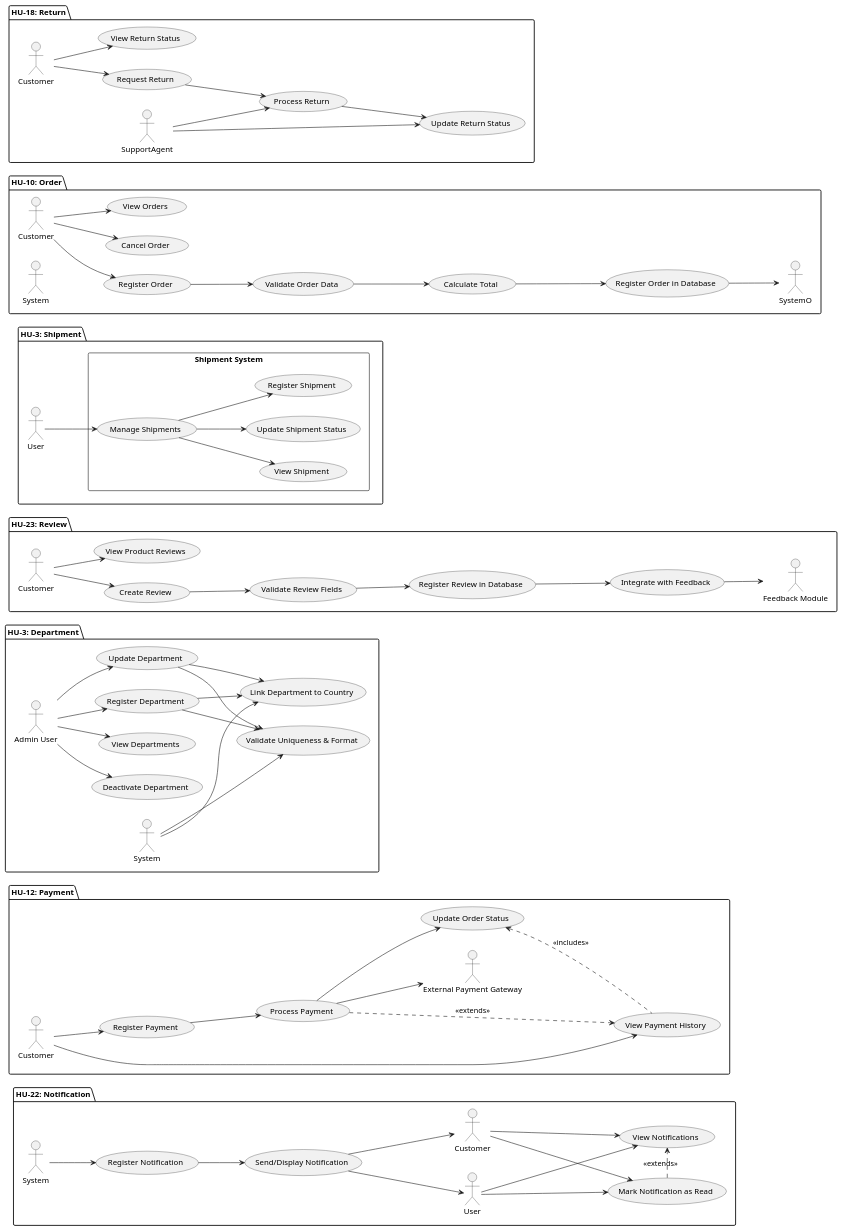
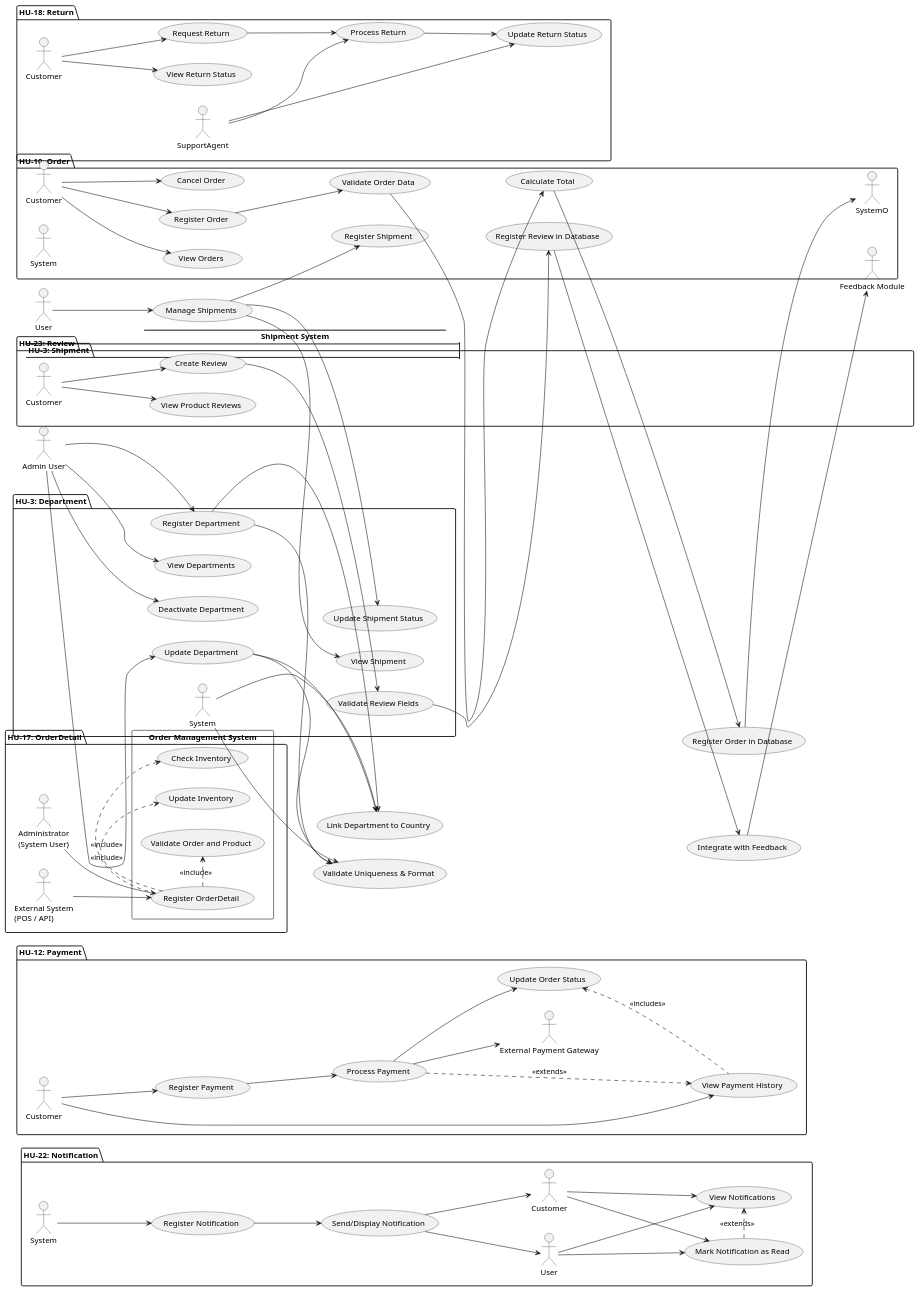
The diagram in document/architecture/usecase.wsd (code-sena/laboratory-2899747), drawn with PlantUML before and after one commit. The commit also changed 1 other file, not shown here.

Commit message:
feat(OrderDetail): add use case and UML diagram in English, fix SQL table definition.

```diff
--- a/document/architecture/usecase.wsd
+++ b/document/architecture/usecase.wsd
@@ -181,4 +181,26 @@
   UCR3 --> UCR4
 }
 
+package "HU-17: OrderDetail" {
+ left to right direction
+skinparam packageStyle rectangle
+
+actor "Administrator\n(System User)" as Admin
+actor "External System\n(POS / API)" as External
+
+package "Order Management System" {
+  usecase "Register OrderDetail" as UC_Register
+  usecase "Validate Order and Product" as UC_Validate
+  usecase "Check Inventory" as UC_CheckStock
+  usecase "Update Inventory" as UC_UpdateStock
+}
+
+Admin --> UC_Register
+External --> UC_Register
+
+UC_Register .> UC_Validate : <<include>>
+UC_Register .> UC_CheckStock : <<include>>
+UC_Register .> UC_UpdateStock : <<include>>
+
+}
 @enduml
```
